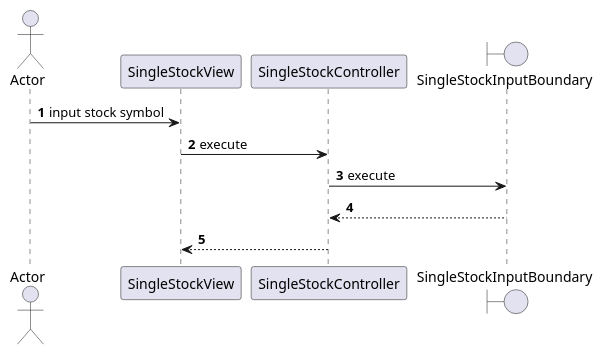
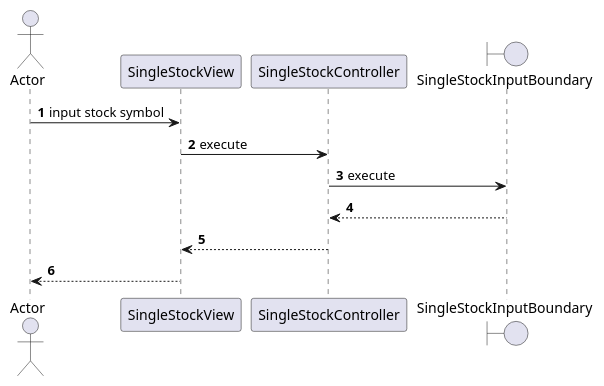
One commit to azyx0083/CSC207-WhatEver-46 changed the first of 4 diagrams in ProjectNextSteps.puml. Above: the diagram before and after it, drawn with PlantUML. The commit also changed other lines of this file, not shown here.

Commit message:
add comparison and two stock usecase

```diff
--- a/ProjectNextSteps.puml
+++ b/ProjectNextSteps.puml
@@ -1,22 +1,19 @@
 @startuml
 'https://plantuml.com/sequence-diagram
 
 autonumber
 
 actor Actor
 participant SingleStockView
 participant SingleStockController
 boundary SingleStockInputBoundary
 
 
 Actor -> SingleStockView : input stock symbol
 SingleStockView -> SingleStockController : execute
 SingleStockController -> SingleStockInputBoundary : execute
 SingleStockInputBoundary --> SingleStockController
 SingleStockController --> SingleStockView
-
-
-
-
+SingleStockView --> Actor
 
 @enduml
```
